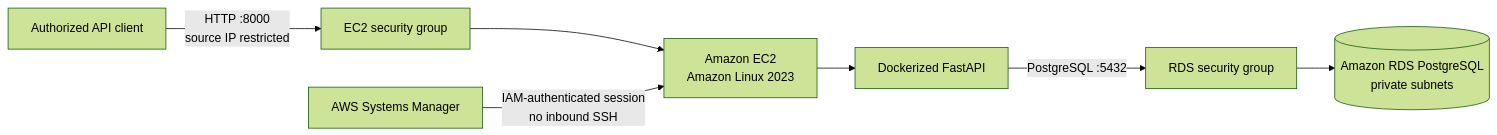
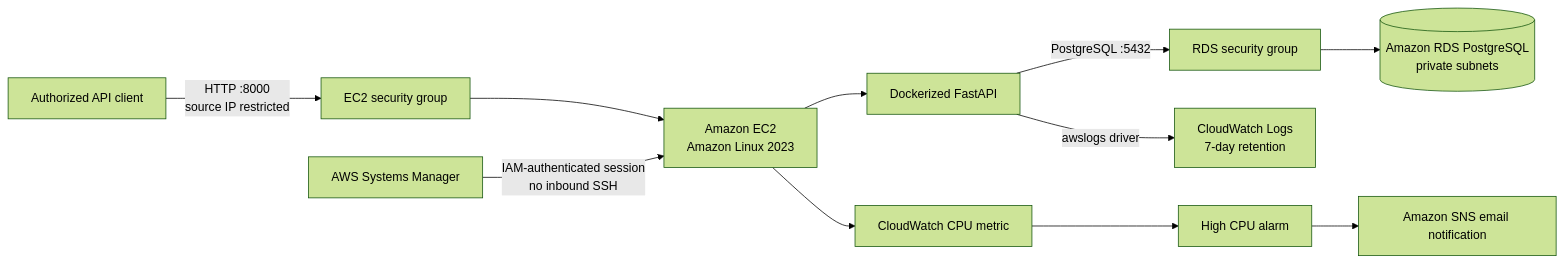
Before and after one commit to StevenLiu1201/cloudops-status-platform: the first of 2 diagrams in README.md, drawn with Mermaid (forest theme). The commit also changed other lines of this file and 1 other file, not shown here.

Commit message:
Document CloudWatch monitoring and alarm validation

````diff
--- a/README.md
+++ b/README.md
@@ -11,9 +11,13 @@
 ```mermaid
 flowchart LR
     User["Authorized API client"] -->|"HTTP :8000<br/>source IP restricted"| EC2SG["EC2 security group"]
     EC2SG --> EC2["Amazon EC2<br/>Amazon Linux 2023"]
     EC2 --> API["Dockerized FastAPI"]
     API -->|"PostgreSQL :5432"| RDSSG["RDS security group"]
     RDSSG --> RDS[("Amazon RDS PostgreSQL<br/>private subnets")]
     SSM["AWS Systems Manager"] -->|"IAM-authenticated session<br/>no inbound SSH"| EC2
+    API -->|"awslogs driver"| Logs["CloudWatch Logs<br/>7-day retention"]
+    EC2 --> Metrics["CloudWatch CPU metric"]
+    Metrics --> Alarm["High CPU alarm"]
+    Alarm --> SNS["Amazon SNS email notification"]
 ```
````
